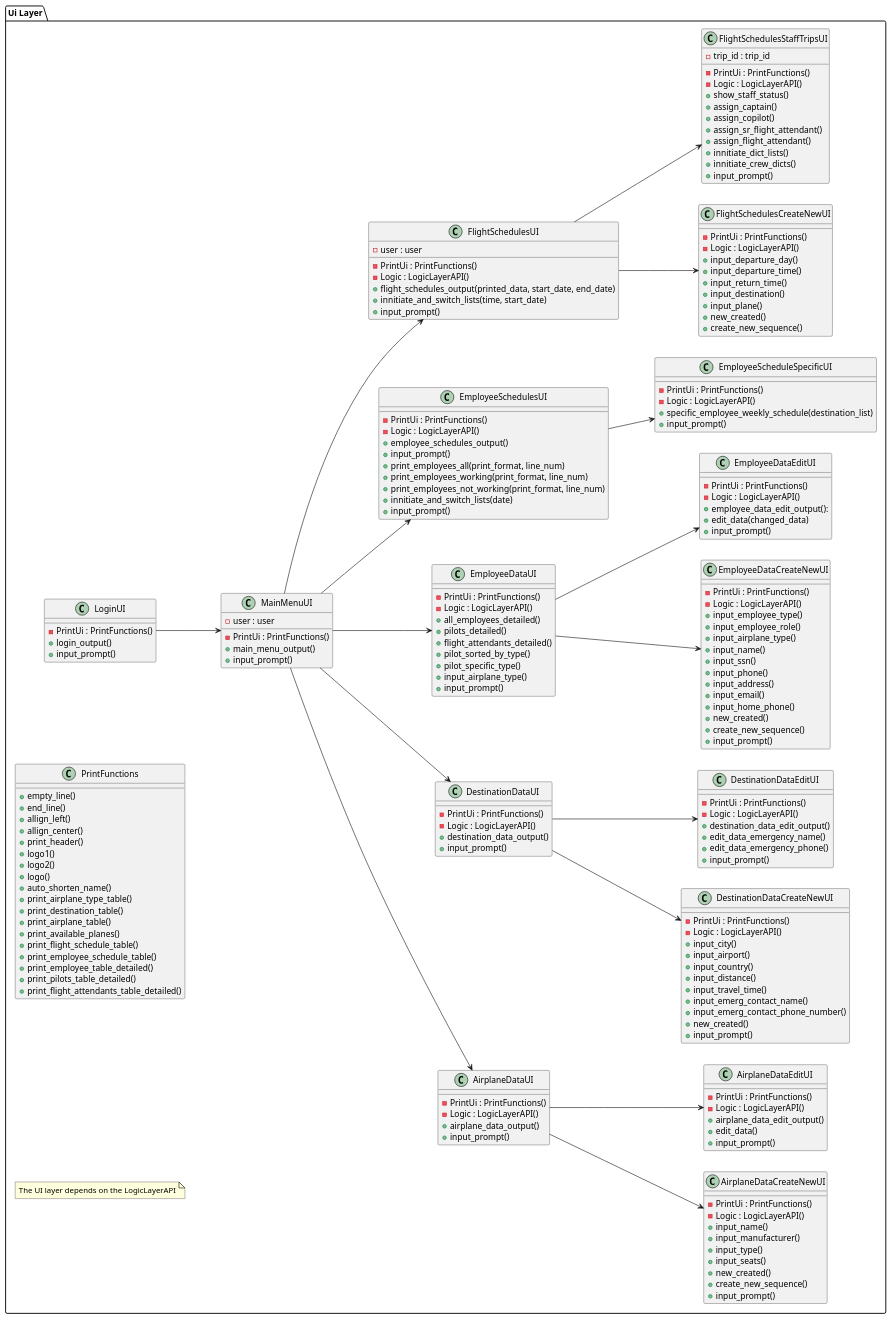
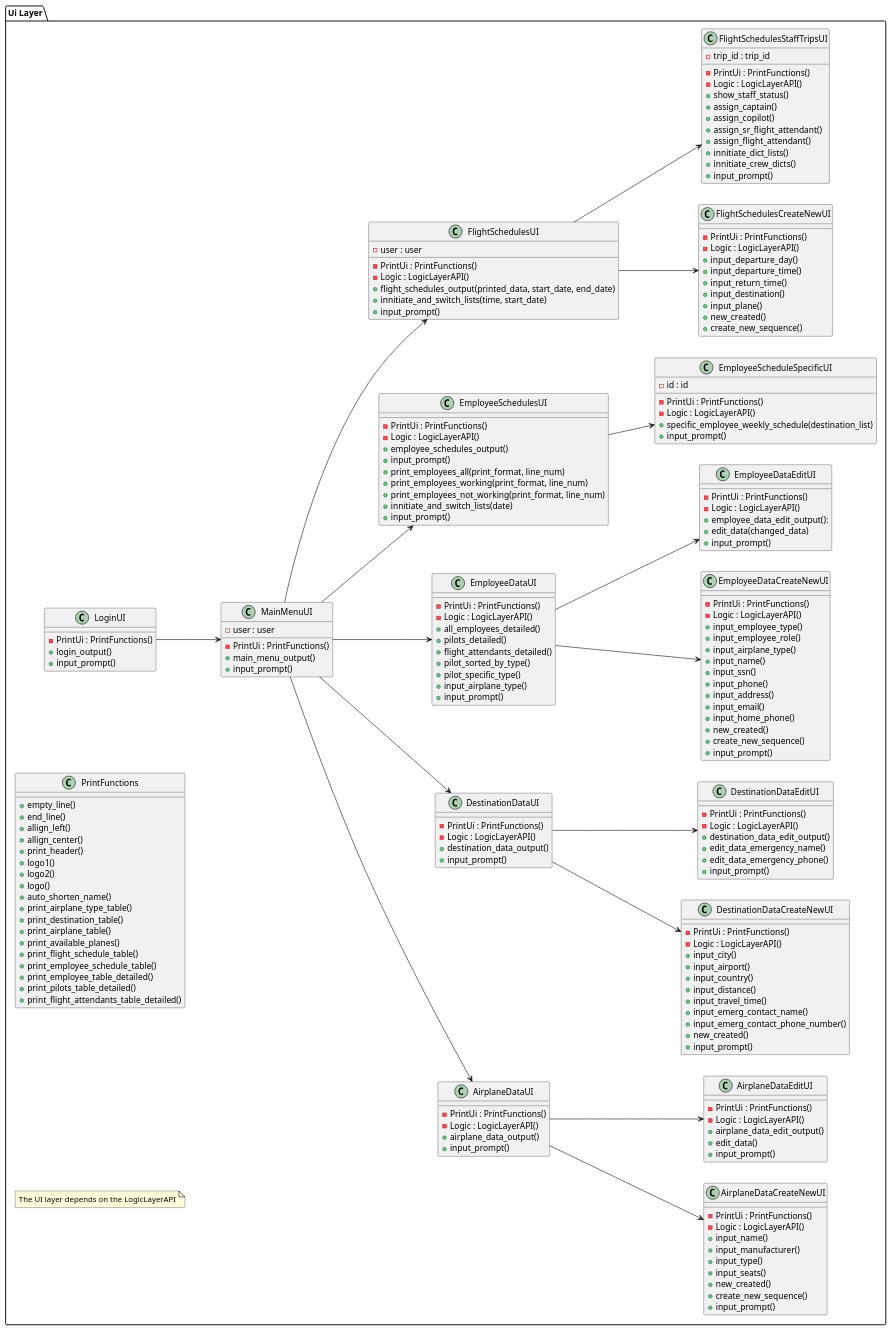
The diagram in Planning/Class Diagrams/UiLayerClassDiagram.puml (GiantMushy/NanAir), drawn with PlantUML before and after one commit. The commit also changed 1 other file, not shown here.

Commit message:
further class diagram updates
further class diagram updates

```diff
--- a/Planning/Class Diagrams/UiLayerClassDiagram.puml
+++ b/Planning/Class Diagrams/UiLayerClassDiagram.puml
@@ -107,6 +107,7 @@
     class EmployeeScheduleSpecificUI{
         - PrintUi : PrintFunctions()
         - Logic : LogicLayerAPI()
+        - id : id
         + specific_employee_weekly_schedule(destination_list)
         + input_prompt()
 
```
